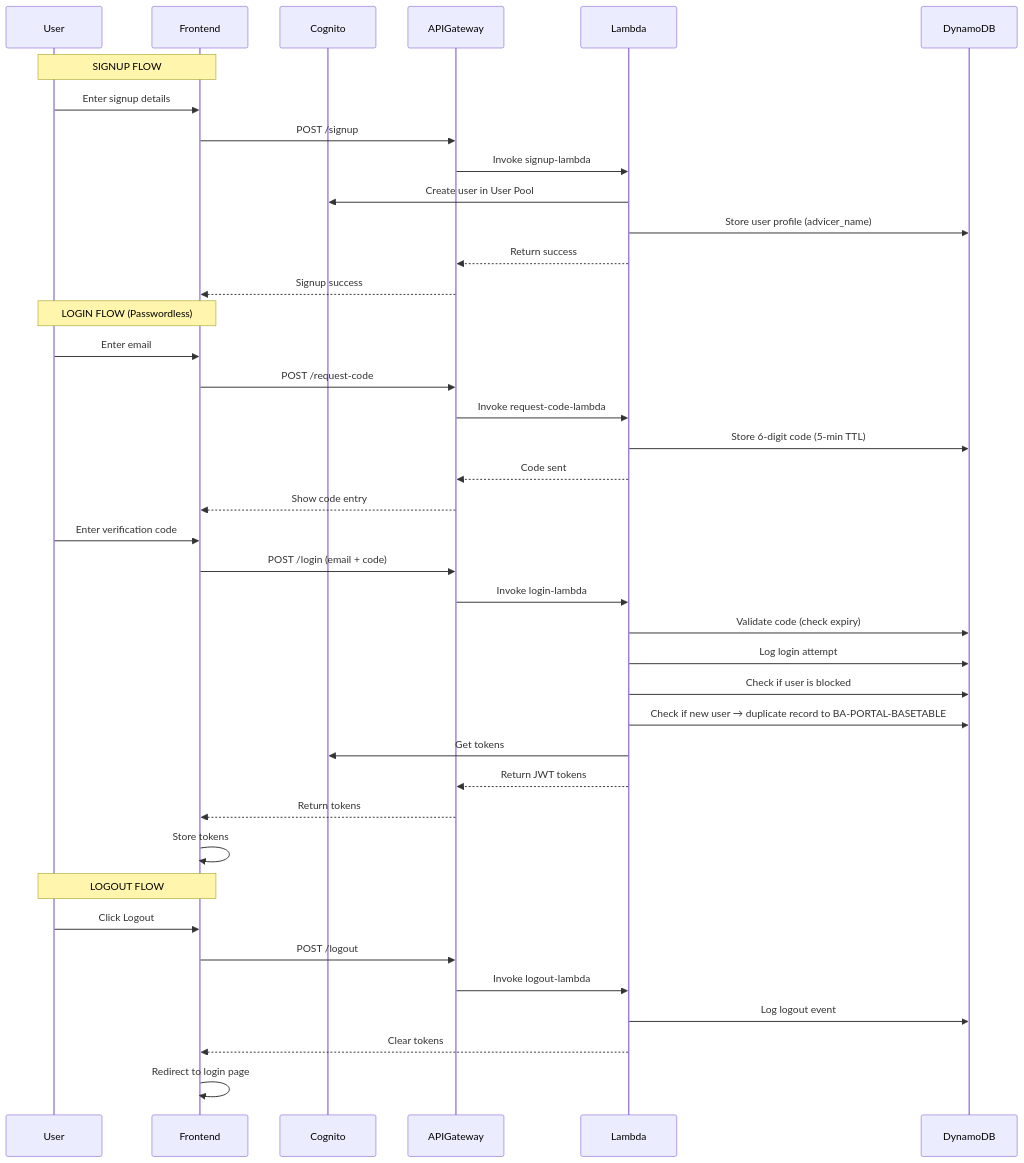
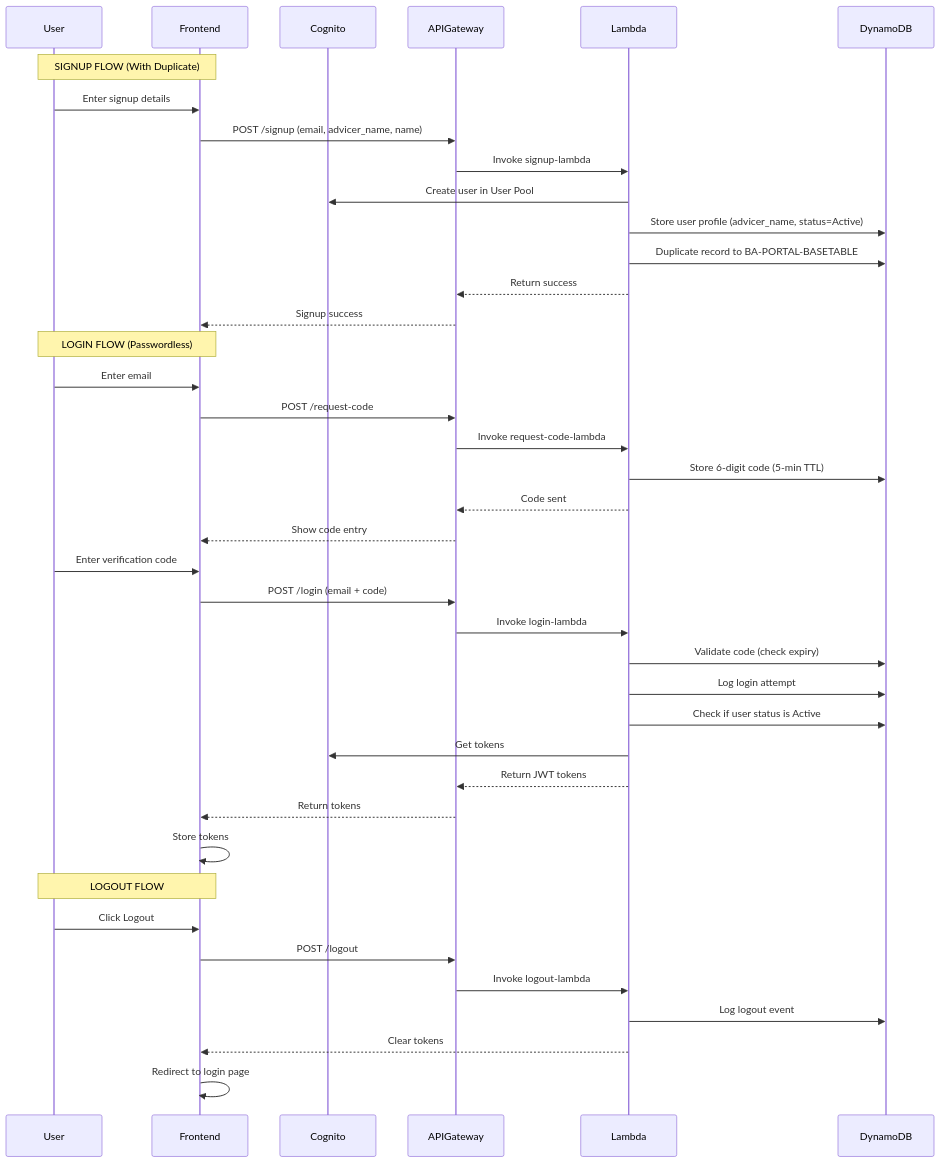
Before and after one commit to DilkuYahoo/tutorai: the second of 3 diagrams in app/ba-portal/PLAN-login-system.md, drawn with Mermaid. The commit also changed other lines of this file and 1 other file, not shown here.

First line of the commit message:
refactor(auth): simplify login system architecture and fix update_table bug

````diff
--- a/app/ba-portal/PLAN-login-system.md
+++ b/app/ba-portal/PLAN-login-system.md
@@ -82,45 +83,45 @@
 ```mermaid
 sequenceDiagram
     participant User
     participant Frontend
     participant Cognito
     participant APIGateway
     participant Lambda
     participant DynamoDB
     
-    Note over User,Frontend: SIGNUP FLOW
+    Note over User,Frontend: SIGNUP FLOW (With Duplicate)
     User->>Frontend: Enter signup details
-    Frontend->>APIGateway: POST /signup
+    Frontend->>APIGateway: POST /signup (email, advicer_name, name)
     APIGateway->>Lambda: Invoke signup-lambda
     Lambda->>Cognito: Create user in User Pool
-    Lambda->>DynamoDB: Store user profile (advicer_name)
+    Lambda->>DynamoDB: Store user profile (advicer_name, status=Active)
+    Lambda->>DynamoDB: Duplicate record to BA-PORTAL-BASETABLE
     Lambda-->>APIGateway: Return success
     APIGateway-->>Frontend: Signup success
     
     Note over User,Frontend: LOGIN FLOW (Passwordless)
     User->>Frontend: Enter email
     Frontend->>APIGateway: POST /request-code
     APIGateway->>Lambda: Invoke request-code-lambda
     Lambda->>DynamoDB: Store 6-digit code (5-min TTL)
     Lambda-->>APIGateway: Code sent
     APIGateway-->>Frontend: Show code entry
     User->>Frontend: Enter verification code
     Frontend->>APIGateway: POST /login (email + code)
     APIGateway->>Lambda: Invoke login-lambda
     Lambda->>DynamoDB: Validate code (check expiry)
     Lambda->>DynamoDB: Log login attempt
-    Lambda->>DynamoDB: Check if user is blocked
-    Lambda->>DynamoDB: Check if new user → duplicate record to BA-PORTAL-BASETABLE
+    Lambda->>DynamoDB: Check if user status is Active
     Lambda->>Cognito: Get tokens
     Lambda-->>APIGateway: Return JWT tokens
     APIGateway-->>Frontend: Return tokens
     Frontend->>Frontend: Store tokens
     
     Note over User,Frontend: LOGOUT FLOW
     User->>Frontend: Click Logout
     Frontend->>APIGateway: POST /logout
     APIGateway->>Lambda: Invoke logout-lambda
     Lambda->>DynamoDB: Log logout event
     Lambda-->>Frontend: Clear tokens
     Frontend->>Frontend: Redirect to login page
 ```
````
